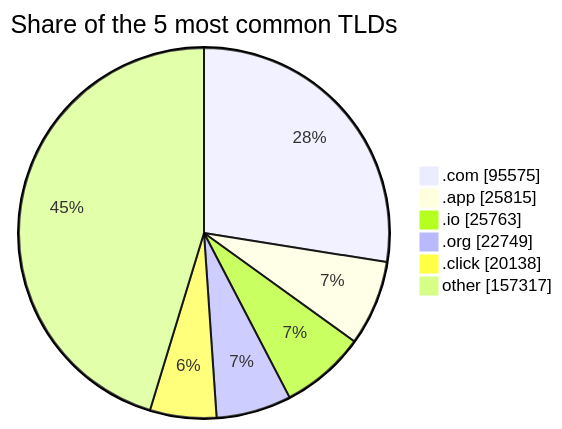
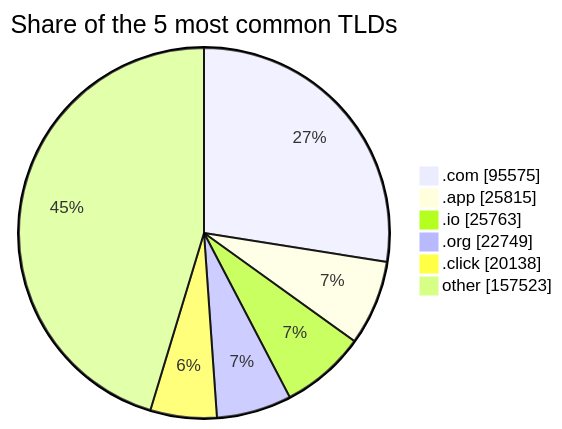
Before and after one commit to DNSBunker/CTI: the third of 3 diagrams in README.md, drawn with Mermaid. The commit also changed other lines of this file and 3 other files, not shown here.

````diff
--- a/README.md
+++ b/README.md
@@ -81,9 +81,9 @@
 ```mermaid
 pie showData title Share of the 5 most common TLDs
     ".com" : 95575
     ".app" : 25815
     ".io" : 25763
     ".org" : 22749
     ".click" : 20138
-    "other" : 157317
+    "other" : 157523
 ```
````
